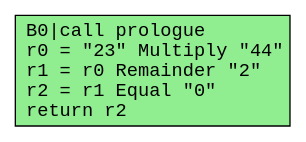
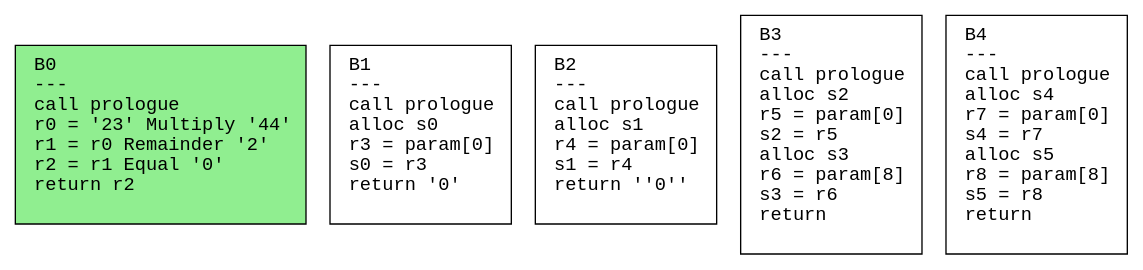
Before and after one commit to safarislava/ProcTranslator: the diagram in output/bool.dot, drawn with Graphviz. The commit also changed 38 other files, not shown here.

Commit message:
Fix control flow graph

```diff
--- a/output/bool.dot
+++ b/output/bool.dot
@@ -1,8 +1,12 @@
 digraph CFG {
   rankdir=TB;
-  node [shape=box, fontname="Courier"];
+  node [shape=box, fontname="Courier", style=filled, fillcolor=white, margin="0.2,0.1"];
   edge [fontname="Courier"];
 
-  B0 [label="B0|call prologue\lr0 = \"23\" Multiply \"44\"\lr1 = r0 Remainder \"2\"\lr2 = r1 Equal \"0\"\lreturn r2\l"];
-  B0 [style=filled, fillcolor=lightgreen];
+  "B0" [label="B0\l---\lcall prologue\lr0 = '23' Multiply '44'\lr1 = r0 Remainder '2'\lr2 = r1 Equal '0'\lreturn r2\l "];
+  "B1" [label="B1\l---\lcall prologue\lalloc s0\lr3 = param[0]\ls0 = r3\lreturn '0'\l "];
+  "B2" [label="B2\l---\lcall prologue\lalloc s1\lr4 = param[0]\ls1 = r4\lreturn ''0''\l "];
+  "B3" [label="B3\l---\lcall prologue\lalloc s2\lr5 = param[0]\ls2 = r5\lalloc s3\lr6 = param[8]\ls3 = r6\lreturn\l "];
+  "B4" [label="B4\l---\lcall prologue\lalloc s4\lr7 = param[0]\ls4 = r7\lalloc s5\lr8 = param[8]\ls5 = r8\lreturn\l "];
+  "B0" [fillcolor=lightgreen];
 }
```
